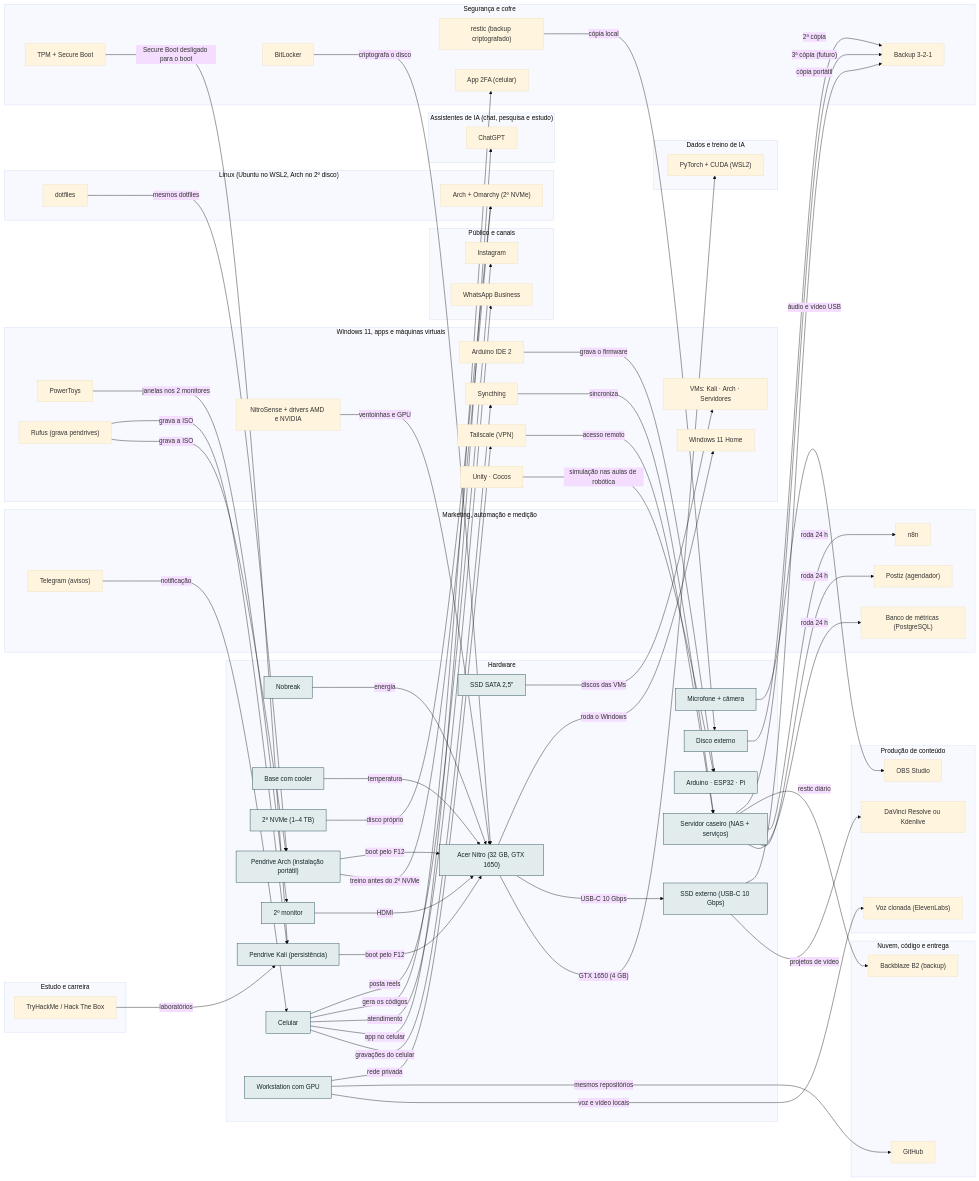
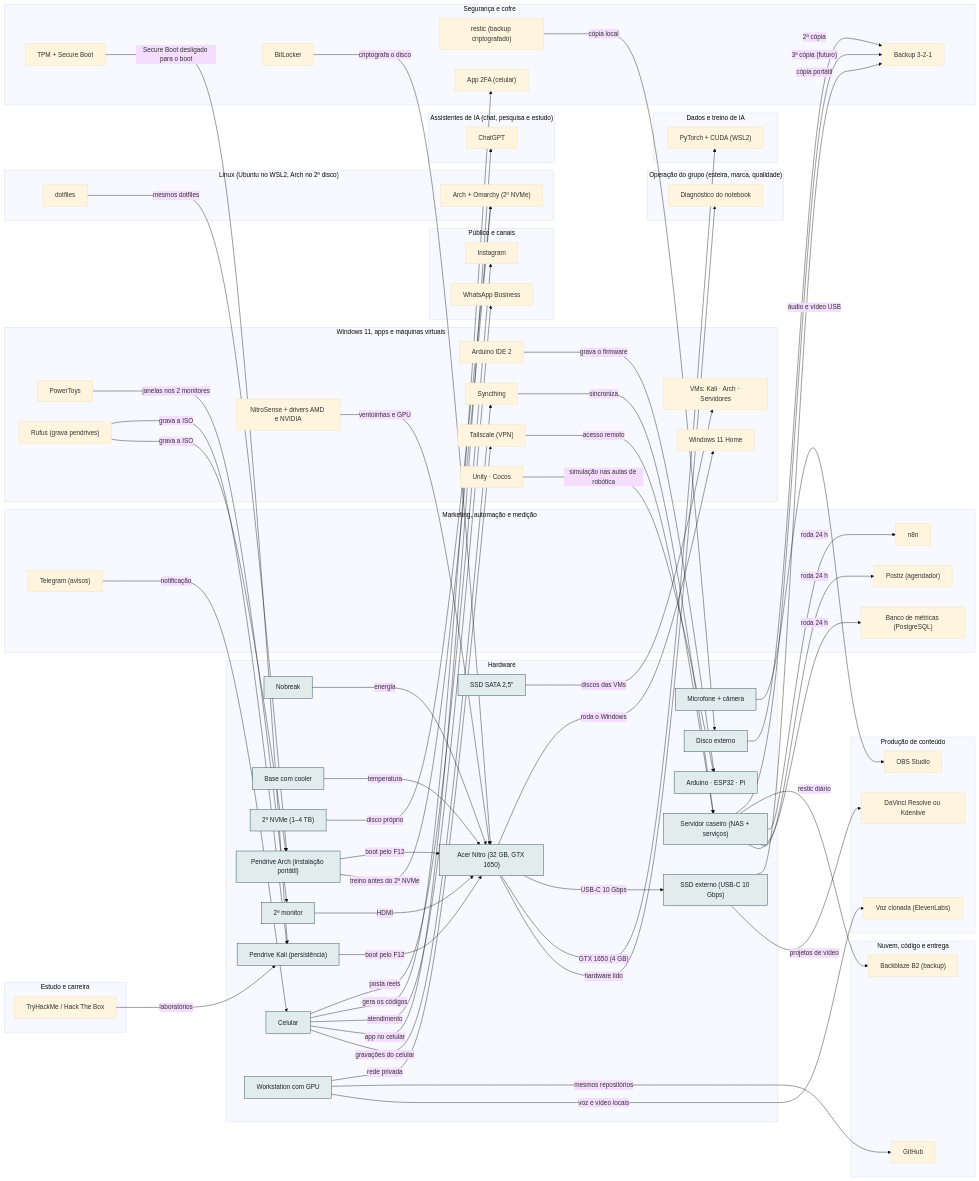
Before and after one commit to AlanMateus17/dev-setup: the diagram in docs/camadas/01-hw.md, drawn with Mermaid (base theme). The commit also changed other lines of this file and 44 other files, not shown here.

```diff
--- a/docs/camadas/01-hw.md
+++ b/docs/camadas/01-hw.md
@@ -27,6 +27,9 @@
     n_nas["Servidor caseiro (NAS + serviços)"]
     n_ssdext["SSD externo (USB-C 10 Gbps)"]
     n_ws["Workstation com GPU"]
+  end
+  subgraph L_oper["Operação do grupo (esteira, marca, qualidade)"]
+    n_diag["Diagnóstico do notebook"]
   end
   subgraph L_pub["Público e canais"]
     n_ig["Instagram"]
@@ -84,6 +87,7 @@
   n_nb -->|"roda o Windows"| n_w11
   n_nb -->|"USB-C 10 Gbps"| n_ssdext
   n_nb -->|"GTX 1650 (4 GB)"| n_torch
+  n_nb -->|"hardware lido"| n_diag
   n_mon -->|"HDMI"| n_nb
   n_bitl -->|"criptografa o disco"| n_nb
   n_nitro -->|"ventoinhas e GPU"| n_nb
```
